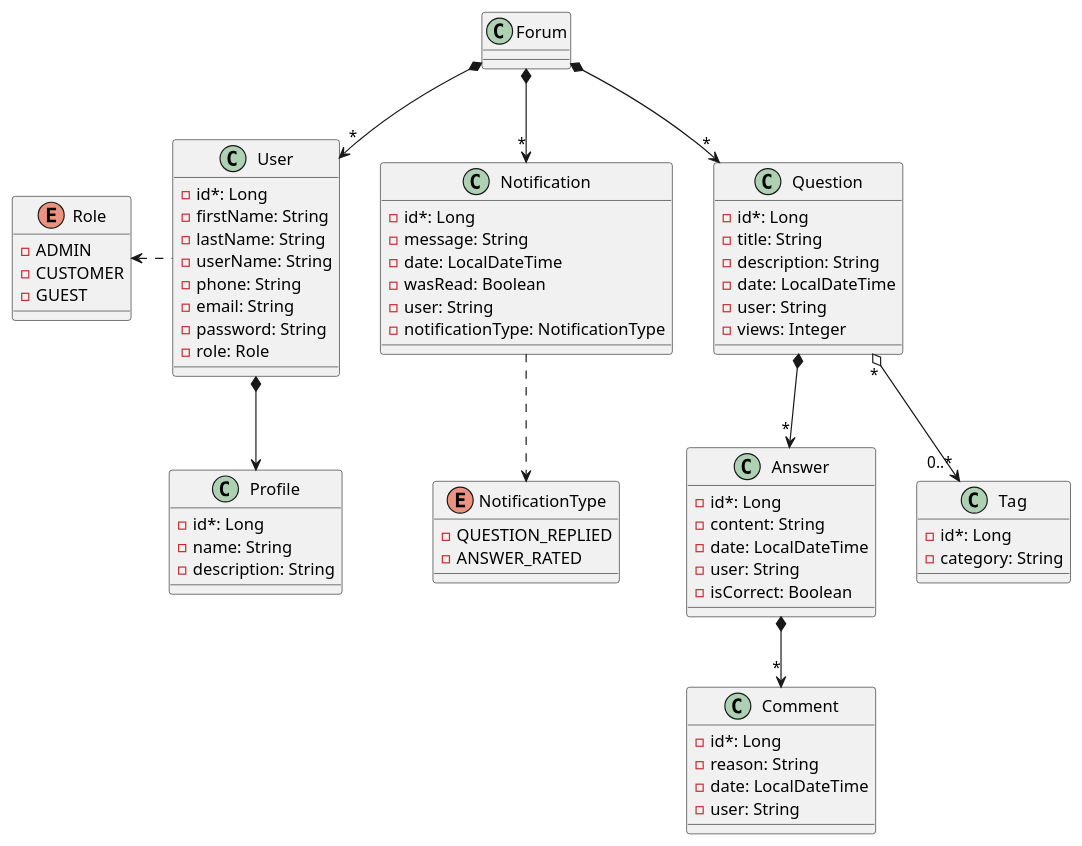
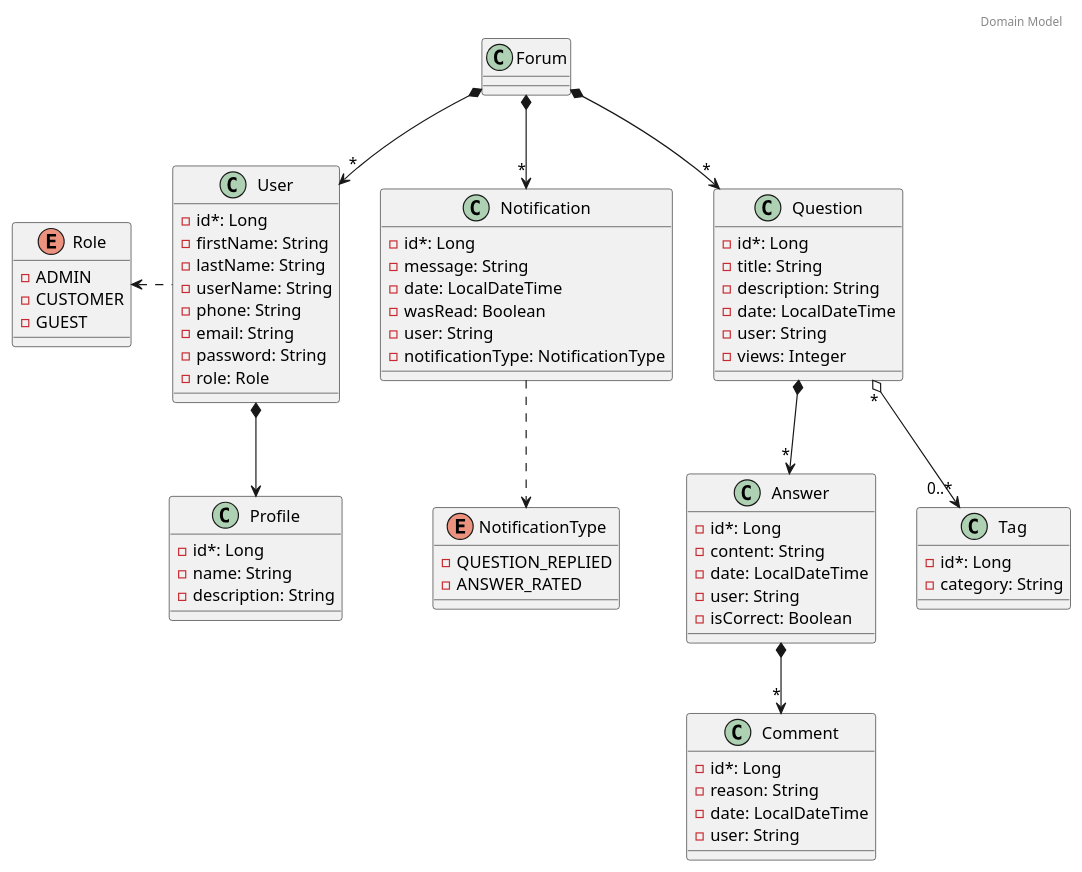
The diagram in src/main/resources/templates/modeloDominio.plantuml (rafaelacirino/miw-backend-foro), drawn with PlantUML before and after one commit. The commit also changed 20 other files, not shown here.

Commit message:
adding more diagrams

```diff
--- a/src/main/resources/templates/modeloDominio.plantuml
+++ b/src/main/resources/templates/modeloDominio.plantuml
@@ -1,80 +1,82 @@
 @startuml
+
+header Domain Model
 
 Forum *-down-> "*" User
 Forum *-down-> "*" Notification
 Forum *-down-> "*" Question
 User *-down-> Profile
 User .-left-> Role
 Notification .down-> NotificationType
 Question *-down-> "*" Answer
 Question "*" o-down-> "0..*" Tag
 Answer *-down-> "*" Comment
 
 
 class User {
 - id*: Long
 - firstName: String
 - lastName: String
 - userName: String
 - phone: String
 - email: String
 - password: String
 - role: Role
 }
 
 enum Role {
 - ADMIN
 - CUSTOMER
 - GUEST
 }
 
 enum NotificationType {
 - QUESTION_REPLIED
 - ANSWER_RATED
 }
 
 class Profile {
 - id*: Long
 - name: String
 - description: String
 }
 
 class Question {
 - id*: Long
 - title: String
 - description: String
 - date: LocalDateTime
 - user: String
 - views: Integer
 }
 
 class Answer {
 - id*: Long
 - content: String
 - date: LocalDateTime
 - user: String
 - isCorrect: Boolean
 }
 
 class Comment {
 - id*: Long
 - reason: String
 - date: LocalDateTime
 - user: String
 }
 
 class Tag {
 - id*: Long
 - category: String
 }
 
 class Notification {
 - id*: Long
 - message: String
 - date: LocalDateTime
 - wasRead: Boolean
 - user: String
 - notificationType: NotificationType
 }
 
 @enduml
```
